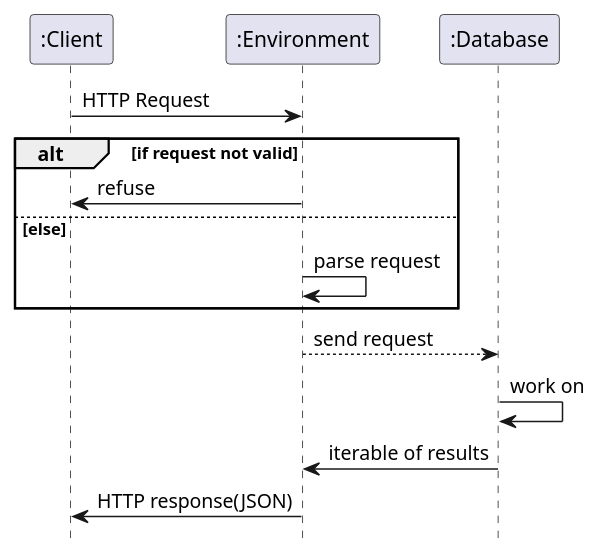
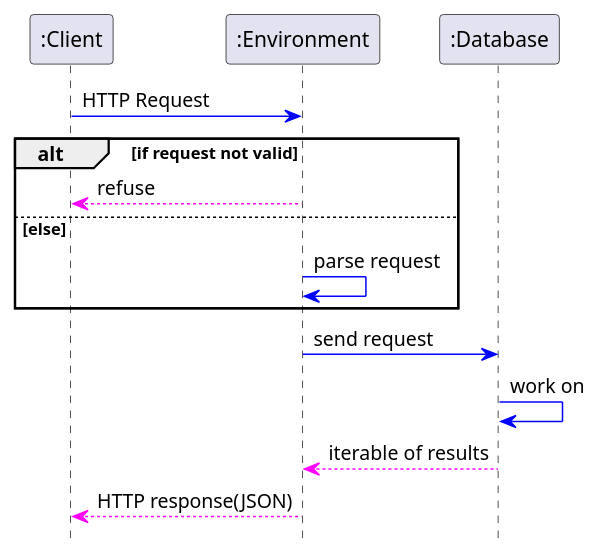
One commit to wagnst/forecast-cassandra changed the diagram in diagrams/sequence/sequence_diagram.puml. Above: the diagram before and after it, drawn with PlantUML. The commit also changed 1 other file, not shown here.

Commit message:
update sequence diagramm

```diff
--- a/diagrams/sequence/sequence_diagram.puml
+++ b/diagrams/sequence/sequence_diagram.puml
@@ -1,23 +1,23 @@
 @startuml
 
 hide footbox
 'title Sequenzdiagramm: Overall Picture
 
 participant ":Client"
 participant ":Environment"
 participant ":Database"
 
-":Client" -> ":Environment": HTTP Request
+":Client" -[#0000FF]> ":Environment": HTTP Request
 
 alt if request not valid
-":Environment" -> ":Client": refuse
+":Environment" --[#FF00FF]> ":Client": refuse
 else else
-":Environment" -> ":Environment": parse request
+":Environment" -[#0000FF]> ":Environment": parse request
 end
 
-":Environment" --> ":Database": send request
-":Database" -> ":Database": work on
-":Database" -> ":Environment": iterable of results
-":Environment" -> ":Client": HTTP response(JSON)
+":Environment" -[#0000FF]> ":Database": send request
+":Database" -[#0000FF]> ":Database": work on
+":Database" --[#FF00FF]> ":Environment": iterable of results
+":Environment" --[#FF00FF]> ":Client": HTTP response(JSON)
 
 @enduml
```
